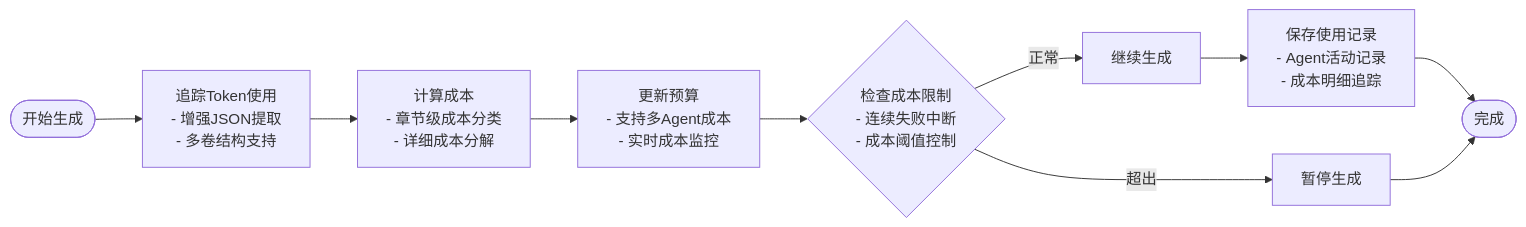
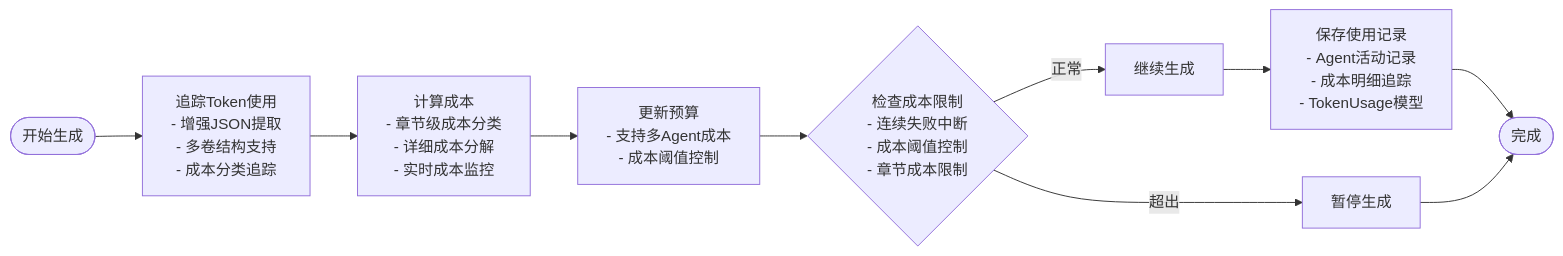
Before and after one commit to xfbyxq/ai-novel-system: diagram 22 of 22 in .qoder/repowiki/zh/content/Generation Service.md, drawn with Mermaid. The commit also changed other lines of this file and 1 other file, not shown here.

First line of the commit message:
feat(cost-tracking): 新增全面的令牌使用监控和成本计算功能

````diff
--- a/.qoder/repowiki/zh/content/Generation Service.md
+++ b/.qoder/repowiki/zh/content/Generation Service.md
@@ -1128,12 +1342,12 @@
 ```mermaid
 flowchart LR
-Start([开始生成]) --> TrackTokens["追踪Token使用<br/>- 增强JSON提取<br/>- 多卷结构支持"]
-TrackTokens --> CalculateCost["计算成本<br/>- 章节级成本分类<br/>- 详细成本分解"]
-CalculateCost --> UpdateBudget["更新预算<br/>- 支持多Agent成本<br/>- 实时成本监控"]
-UpdateBudget --> CheckLimit{"检查成本限制<br/>- 连续失败中断<br/>- 成本阈值控制"}
+Start([开始生成]) --> TrackTokens["追踪Token使用<br/>- 增强JSON提取<br/>- 多卷结构支持<br/>- 成本分类追踪"]
+TrackTokens --> CalculateCost["计算成本<br/>- 章节级成本分类<br/>- 详细成本分解<br/>- 实时成本监控"]
+CalculateCost --> UpdateBudget["更新预算<br/>- 支持多Agent成本<br/>- 成本阈值控制"]
+UpdateBudget --> CheckLimit{"检查成本限制<br/>- 连续失败中断<br/>- 成本阈值控制<br/>- 章节成本限制"}
 CheckLimit --> |超出| Pause["暂停生成"]
 CheckLimit --> |正常| Continue["继续生成"]
-Continue --> SaveRecord["保存使用记录<br/>- Agent活动记录<br/>- 成本明细追踪"]
+Continue --> SaveRecord["保存使用记录<br/>- Agent活动记录<br/>- 成本明细追踪<br/>- TokenUsage模型"]
 SaveRecord --> End([完成])
 Pause --> End
 ```
````
